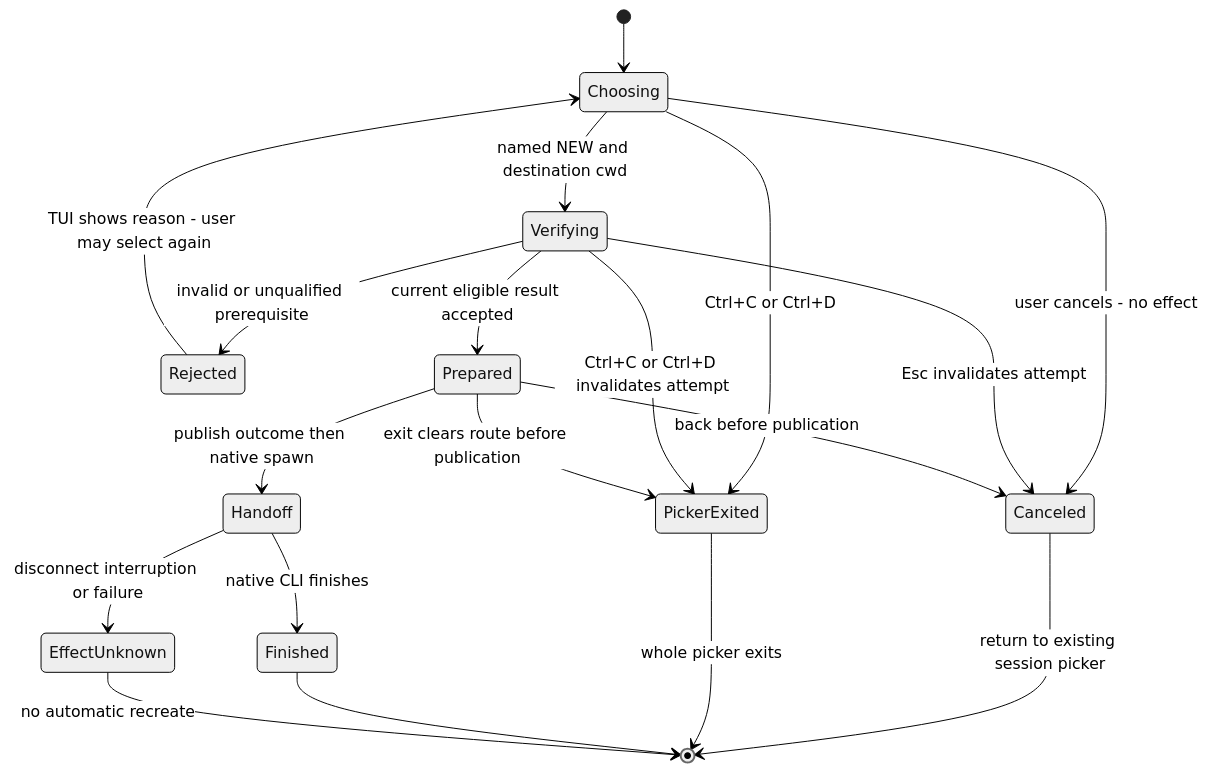
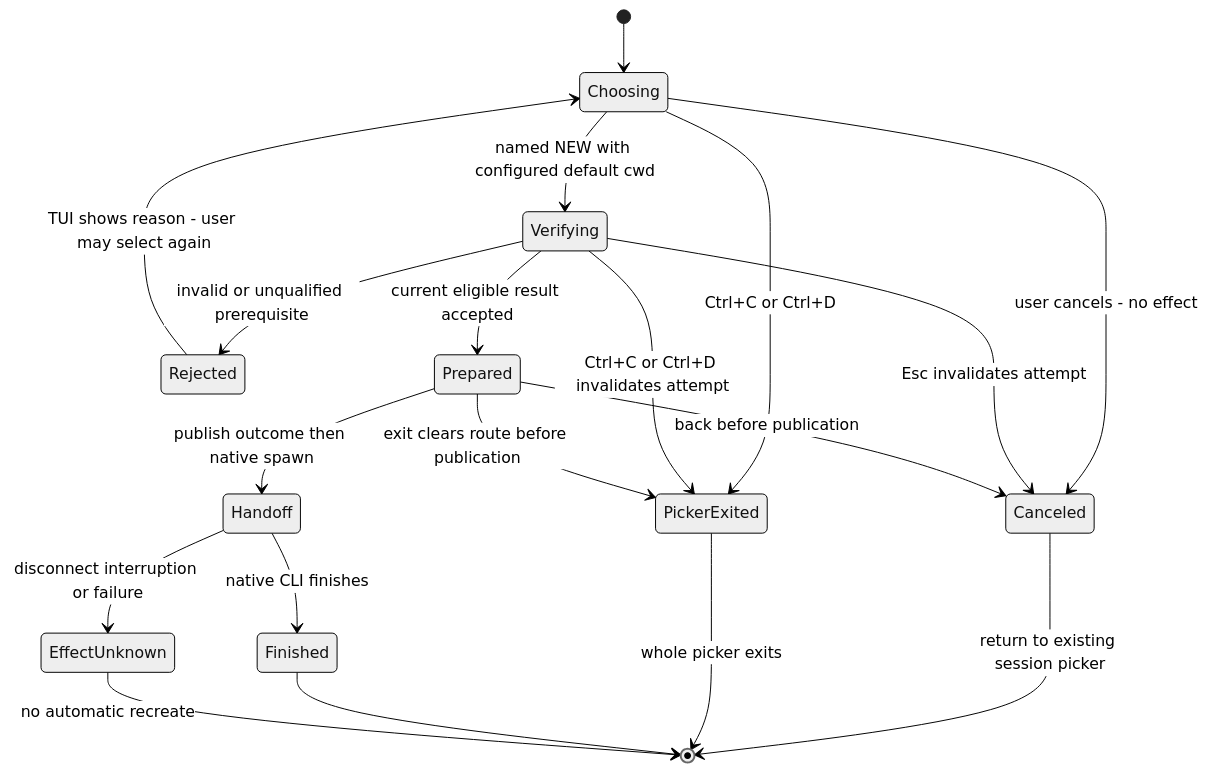
Before and after one commit to ShravanSunder/codex-router: the third of 4 diagrams in docs/specs/2026-10-03-router-selector/2026-10-03-router-selector-program-design.md, drawn with Mermaid (neutral theme). The commit also changed other lines of this file and 3 other files, not shown here.

````diff
--- a/docs/specs/2026-10-03-router-selector/2026-10-03-router-selector-program-design.md
+++ b/docs/specs/2026-10-03-router-selector/2026-10-03-router-selector-program-design.md
@@ -174,21 +174,21 @@
 ```mermaid
 stateDiagram-v2
   [*] --> Choosing
   Choosing --> Canceled: user cancels - no effect
-  Choosing --> Verifying: named NEW and destination cwd
+  Choosing --> Verifying: named NEW with configured default cwd
   Choosing --> PickerExited: Ctrl+C or Ctrl+D
   Verifying --> Canceled: Esc invalidates attempt
   Verifying --> PickerExited: Ctrl+C or Ctrl+D invalidates attempt
   Verifying --> Rejected: invalid or unqualified prerequisite
   Verifying --> Prepared: current eligible result accepted
   Prepared --> Canceled: back before publication
   Prepared --> PickerExited: exit clears route before publication
   Prepared --> Handoff: publish outcome then native spawn
   Handoff --> Finished: native CLI finishes
   Handoff --> EffectUnknown: disconnect interruption or failure
   Canceled --> [*]: return to existing session picker
   PickerExited --> [*]: whole picker exits
   Rejected --> Choosing: TUI shows reason - user may select again
   Finished --> [*]
   EffectUnknown --> [*]: no automatic recreate
 ```
````
